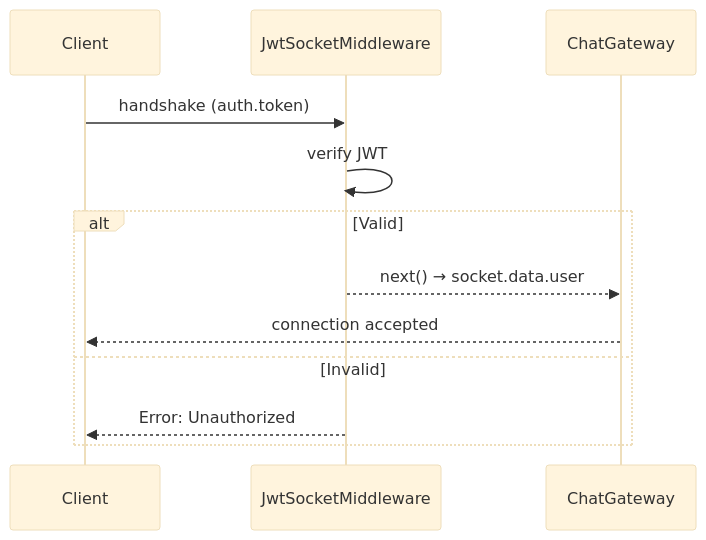
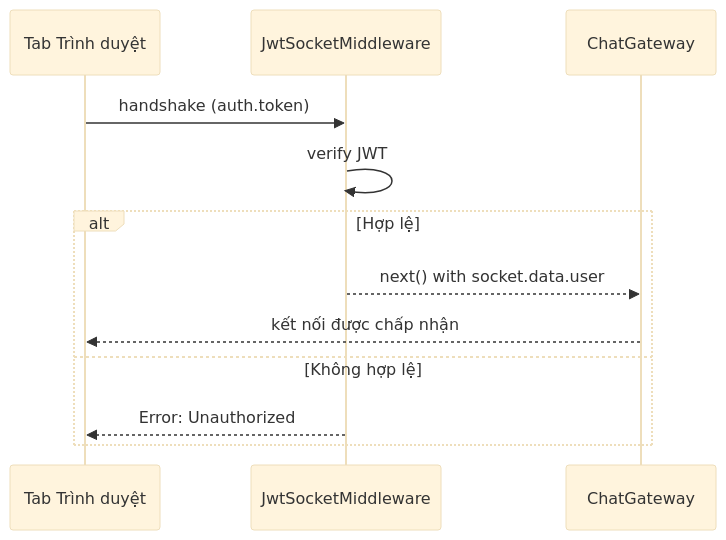
One commit to starci-lab/starci-academy-backend changed the diagram in .mount/data/courses/0-fullstack-mastery/modules/4-websocket-and-realtime-communication/contents/1-socketio-security-jwt/vi.md. Above: the diagram before and after it, drawn with Mermaid (base theme). The commit also changed other lines of this file and 69 other files, not shown here.

````diff
--- a/.mount/data/courses/0-fullstack-mastery/modules/4-websocket-and-realtime-communication/contents/1-socketio-security-jwt/vi.md
+++ b/.mount/data/courses/0-fullstack-mastery/modules/4-websocket-and-realtime-communication/contents/1-socketio-security-jwt/vi.md
@@ -44,14 +45,14 @@
 ```mermaid
 sequenceDiagram
-    participant C as Client
+    participant C as Tab Trình duyệt
     participant MW as JwtSocketMiddleware
     participant GW as ChatGateway
     C->>MW: handshake (auth.token)
     MW->>MW: verify JWT
-    alt Valid
-        MW-->>GW: next() → socket.data.user
-        GW-->>C: connection accepted
-    else Invalid
+    alt Hợp lệ
+        MW-->>GW: next() with socket.data.user
+        GW-->>C: kết nối được chấp nhận
+    else Không hợp lệ
         MW-->>C: Error: Unauthorized
     end
 ```
````
